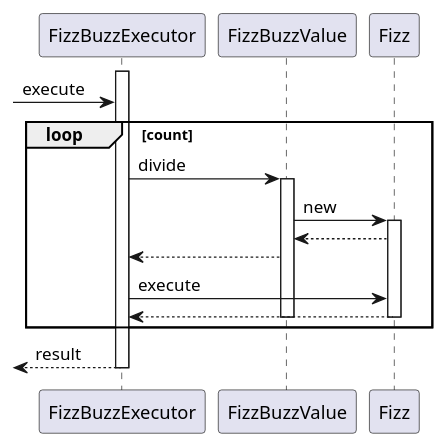
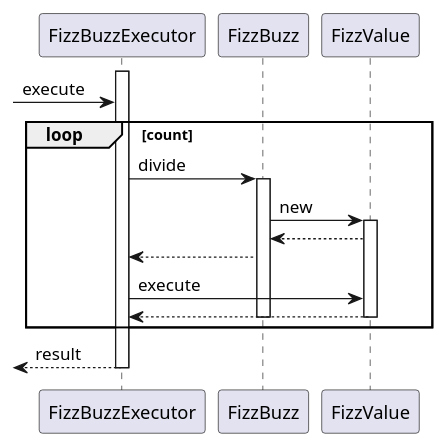
The second of 5 diagrams in docs/dev/_fizz_buzz.md (k2works/etude_for_ruby), drawn with PlantUML before and after one commit. The commit also changed other lines of this file and 8 other files, not shown here.

````diff
--- a/docs/dev/_fizz_buzz.md
+++ b/docs/dev/_fizz_buzz.md
@@ -66,20 +66,20 @@
 ```puml
 @startuml
 activate FizzBuzzExecutor
 -> FizzBuzzExecutor :execute
 loop count
-  FizzBuzzExecutor -> FizzBuzzValue :divide
-  activate FizzBuzzValue
-    FizzBuzzValue -> Fizz :new  
-    activate Fizz
-      Fizz --> FizzBuzzValue
-      FizzBuzzExecutor <-- FizzBuzzValue
-      FizzBuzzExecutor -> Fizz :execute
-      Fizz --> FizzBuzzExecutor
-    deactivate Fizz
-  deactivate FizzBuzzValue
+  FizzBuzzExecutor -> FizzBuzz :divide
+  activate FizzBuzz
+    FizzBuzz -> FizzValue :new  
+    activate FizzValue
+      FizzValue --> FizzBuzz
+      FizzBuzzExecutor <-- FizzBuzz
+      FizzBuzzExecutor -> FizzValue :execute
+      FizzValue --> FizzBuzzExecutor
+    deactivate FizzValue
+  deactivate FizzBuzz
 end
 <-- FizzBuzzExecutor :result
 deactivate FizzBuzzExecutor
 @enduml
 ```
````
